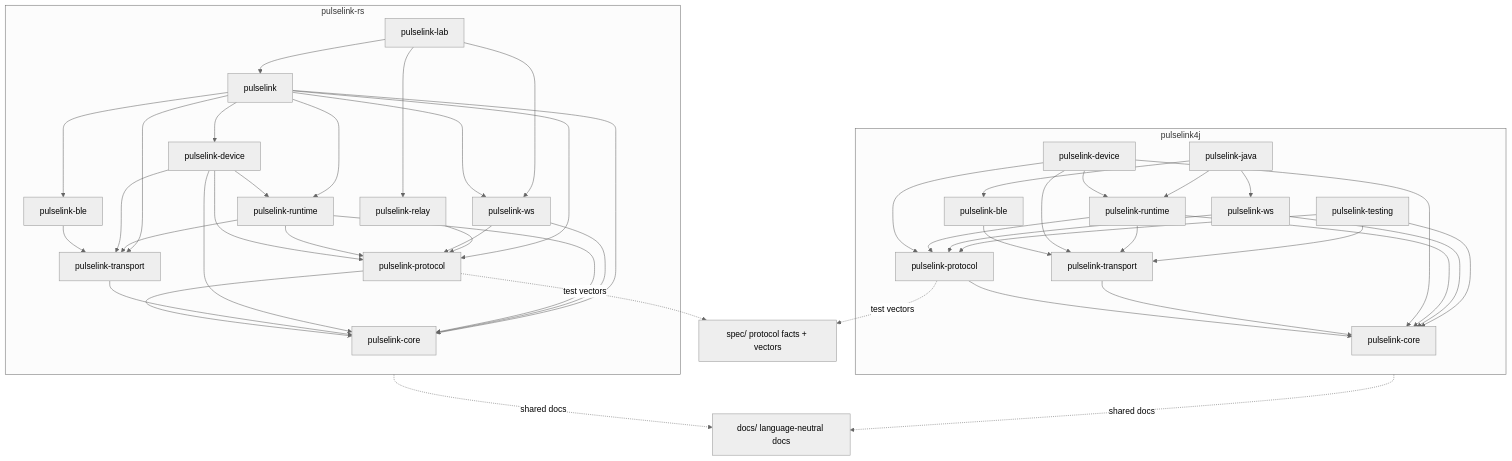
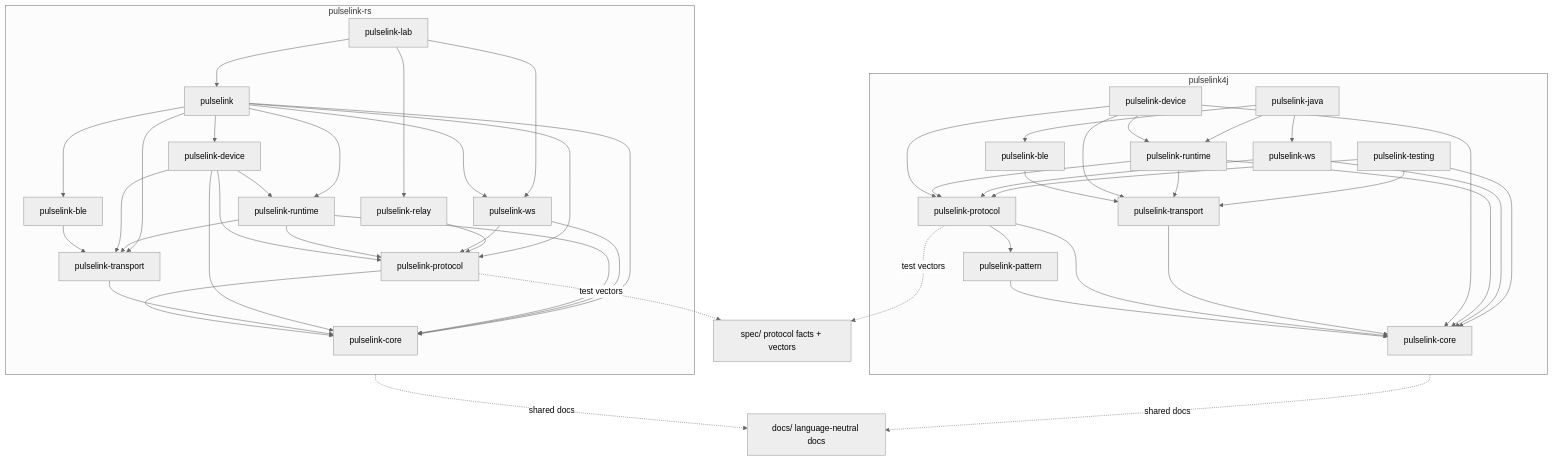
One commit to Chiloven945/pulselink changed the diagram in docs/architecture.md. Above: the diagram before and after it, drawn with Mermaid (neutral theme). The commit also changed 54 other files, not shown here.

````diff
--- a/docs/architecture.md
+++ b/docs/architecture.md
@@ -8,78 +8,79 @@
 ```mermaid
 flowchart TD
     spec[spec/ protocol facts + vectors]
     docs[docs/ language-neutral docs]
 
     subgraph Rust[pulselink-rs]
         rcore[pulselink-core]
         rprotocol[pulselink-protocol]
         rtransport[pulselink-transport]
         rble[pulselink-ble]
         rdevice[pulselink-device]
         rruntime[pulselink-runtime]
         rws[pulselink-ws]
         rrelay[pulselink-relay]
         rfacade[pulselink]
         rlab[pulselink-lab]
     end
 
     subgraph JVM[pulselink4j]
         jcore[pulselink-core]
+        jpattern[pulselink-pattern]
         jprotocol[pulselink-protocol]
         jtransport[pulselink-transport]
         jble[pulselink-ble]
         jdevice[pulselink-device]
         jruntime[pulselink-runtime]
         jws[pulselink-ws]
         jjava[pulselink-java]
         jtesting[pulselink-testing]
     end
 
     rprotocol --> rcore
     rtransport --> rcore
     rble --> rtransport
     rdevice --> rcore
     rdevice --> rprotocol
     rdevice --> rtransport
     rdevice --> rruntime
     rruntime --> rcore
     rruntime --> rprotocol
     rruntime --> rtransport
     rws --> rcore
     rws --> rprotocol
     rrelay --> rprotocol
     rfacade --> rcore
     rfacade --> rprotocol
     rfacade --> rtransport
     rfacade --> rruntime
     rfacade --> rble
     rfacade --> rdevice
     rfacade --> rws
     rlab --> rfacade
     rlab --> rrelay
     rlab --> rws
-
+    jpattern --> jcore
     jprotocol --> jcore
+    jprotocol --> jpattern
     jtransport --> jcore
     jble --> jtransport
     jdevice --> jcore
     jdevice --> jprotocol
     jdevice --> jtransport
     jdevice --> jruntime
     jruntime --> jcore
     jruntime --> jprotocol
     jruntime --> jtransport
     jws --> jcore
     jws --> jprotocol
     jjava --> jruntime
     jjava --> jws
     jjava --> jble
     jtesting --> jcore
     jtesting --> jprotocol
     jtesting --> jtransport
-
     rprotocol -. test vectors .-> spec
     jprotocol -. test vectors .-> spec
     Rust -. shared docs .-> docs
     JVM -. shared docs .-> docs
 ```
````
